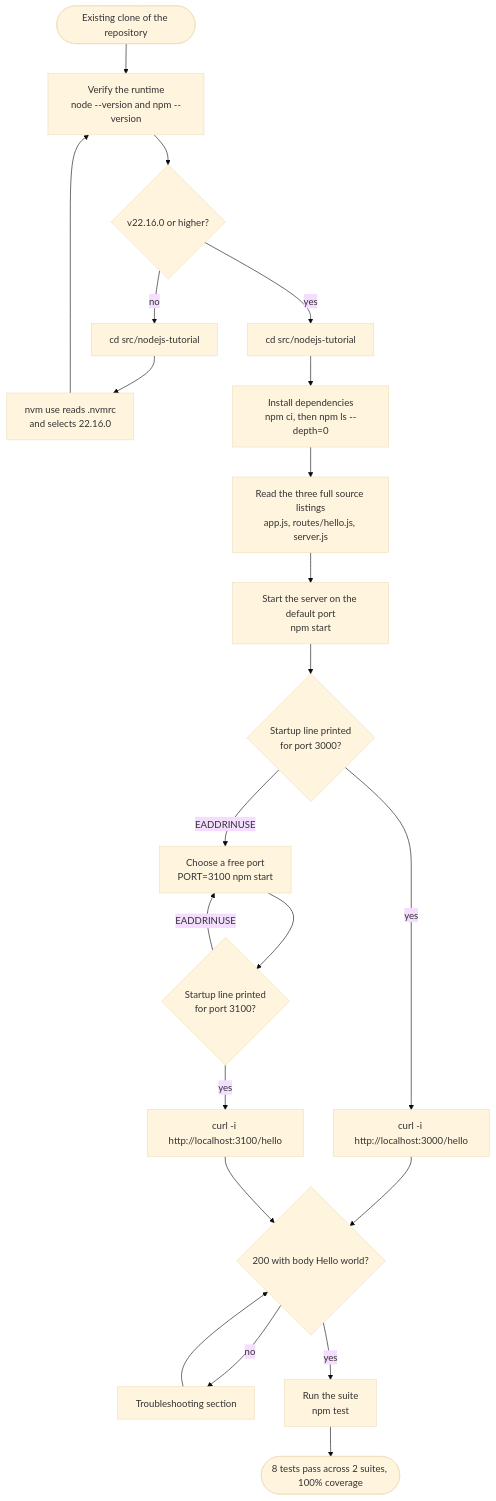
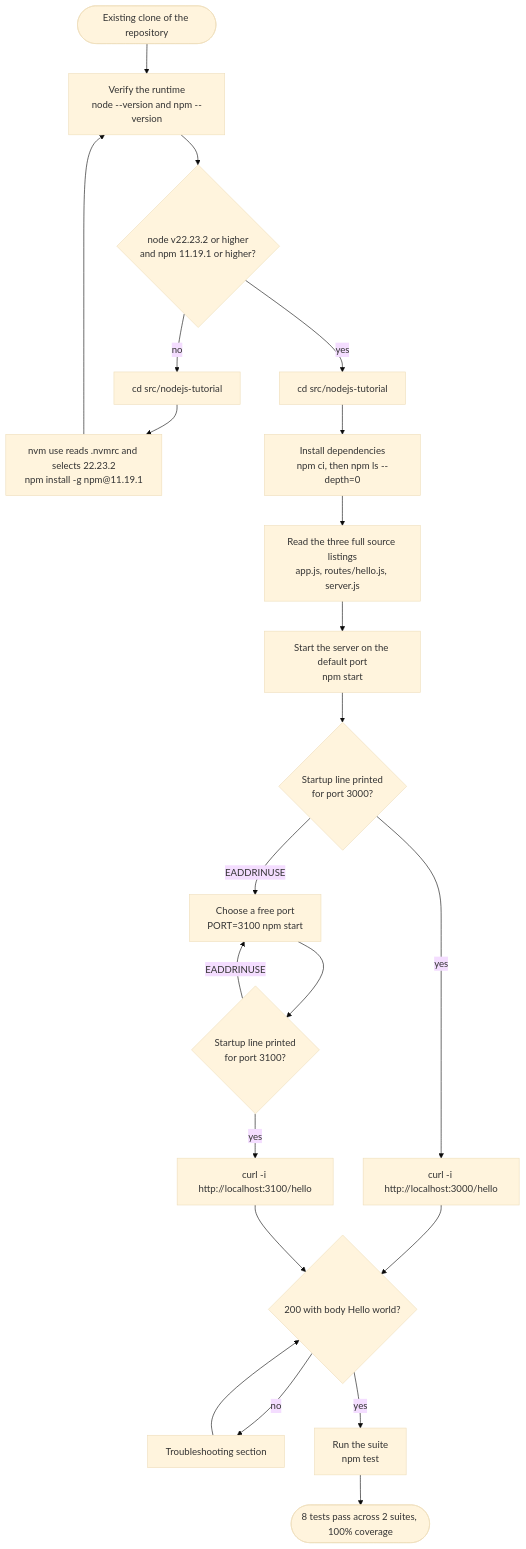
The first of 3 diagrams in src/nodejs-tutorial/README.md (blitzytest02/blitzy-20250603112937552), drawn with Mermaid (base theme) before and after one commit. The commit also changed other lines of this file and 11 other files, not shown here.

````diff
--- a/src/nodejs-tutorial/README.md
+++ b/src/nodejs-tutorial/README.md
@@ -35,24 +35,24 @@
 ```mermaid
 flowchart TD
     Start([Existing clone of the repository]) --> Prereq["Verify the runtime<br/>node --version and npm --version"]
-    Prereq --> PrereqOK{"v22.16.0 or higher?"}
+    Prereq --> PrereqOK{"node v22.23.2 or higher<br/>and npm 11.19.1 or higher?"}
     PrereqOK -- no --> Enter1["cd src/nodejs-tutorial"]
-    Enter1 --> Upgrade["nvm use reads .nvmrc<br/>and selects 22.16.0"]
+    Enter1 --> Upgrade["nvm use reads .nvmrc and selects 22.23.2<br/>npm install -g npm@11.19.1"]
     Upgrade --> Prereq
     PrereqOK -- yes --> Enter2["cd src/nodejs-tutorial"]
     Enter2 --> Install["Install dependencies<br/>npm ci, then npm ls --depth=0"]
     Install --> Read["Read the three full source listings<br/>app.js, routes/hello.js, server.js"]
     Read --> Run["Start the server on the default port<br/>npm start"]
     Run --> Bound{"Startup line printed<br/>for port 3000?"}
     Bound -- "EADDRINUSE" --> Override["Choose a free port<br/>PORT=3100 npm start"]
     Override --> Bound3100{"Startup line printed<br/>for port 3100?"}
     Bound -- yes --> Call3000["curl -i http://localhost:3000/hello"]
     Bound3100 -- yes --> Call3100["curl -i http://localhost:3100/hello"]
     Bound3100 -- "EADDRINUSE" --> Override
     Call3000 --> Verify{"200 with body Hello world?"}
     Call3100 --> Verify
     Verify -- no --> Trouble["Troubleshooting section"]
     Trouble --> Verify
     Verify -- yes --> Test["Run the suite<br/>npm test"]
     Test --> Done([8 tests pass across 2 suites, 100% coverage])
 ```
````
